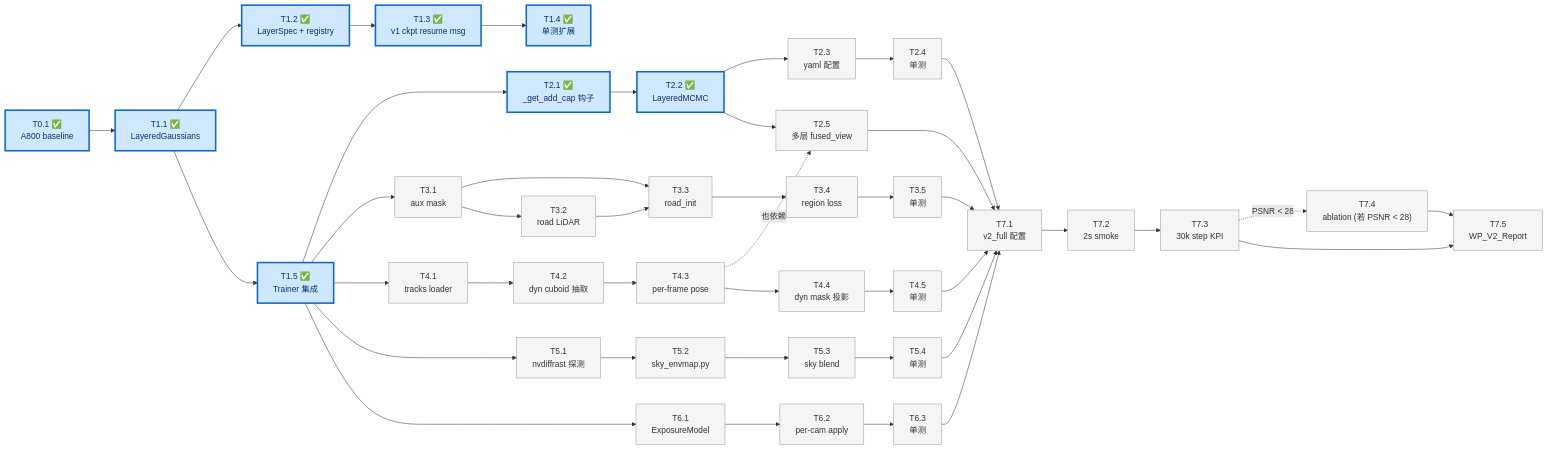
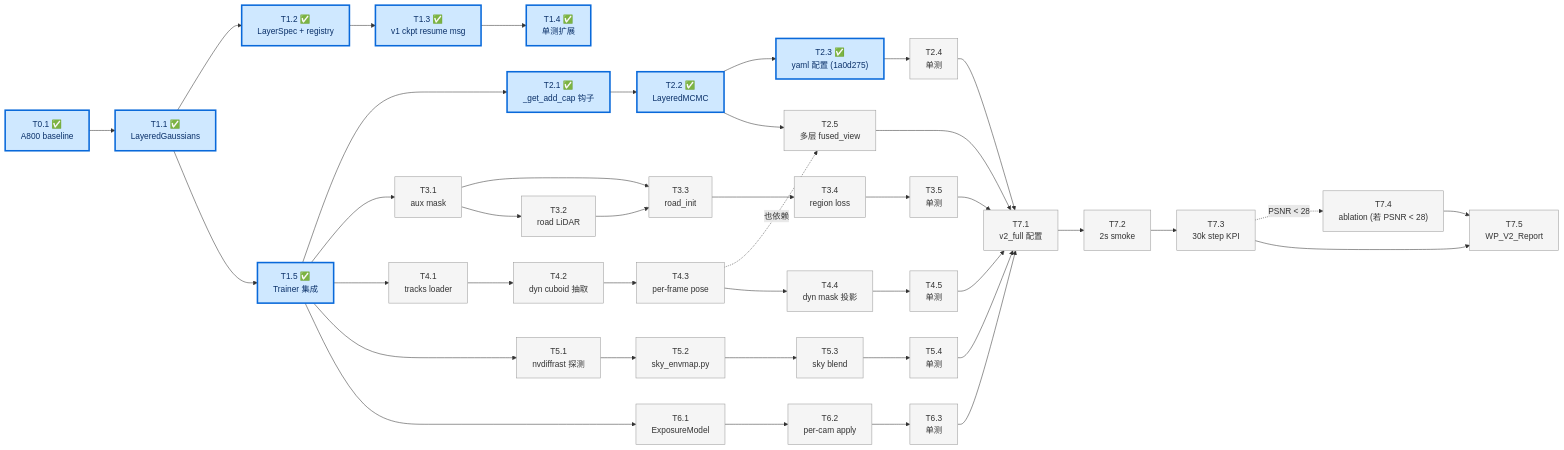
The second of 3 diagrams in v2_plan.md (etendue/3dgrut), drawn with Mermaid before and after one commit. The commit also changed other lines of this file and 1 other file, not shown here.

First line of the commit message:
docs(plan,arch): mark T2.3 done

```diff
--- a/v2_plan.md
+++ b/v2_plan.md
@@ -158,7 +159,7 @@
     %% Stage 2
     T21["T2.1 ✅<br/>_get_add_cap 钩子"]:::done
     T22["T2.2 ✅<br/>LayeredMCMC"]:::done
-    T23["T2.3<br/>yaml 配置"]:::todo
+    T23["T2.3 ✅<br/>yaml 配置 (1a0d275)"]:::done
     T24["T2.4<br/>单测"]:::todo
     T25["T2.5<br/>多层 fused_view"]:::todo
 
```
